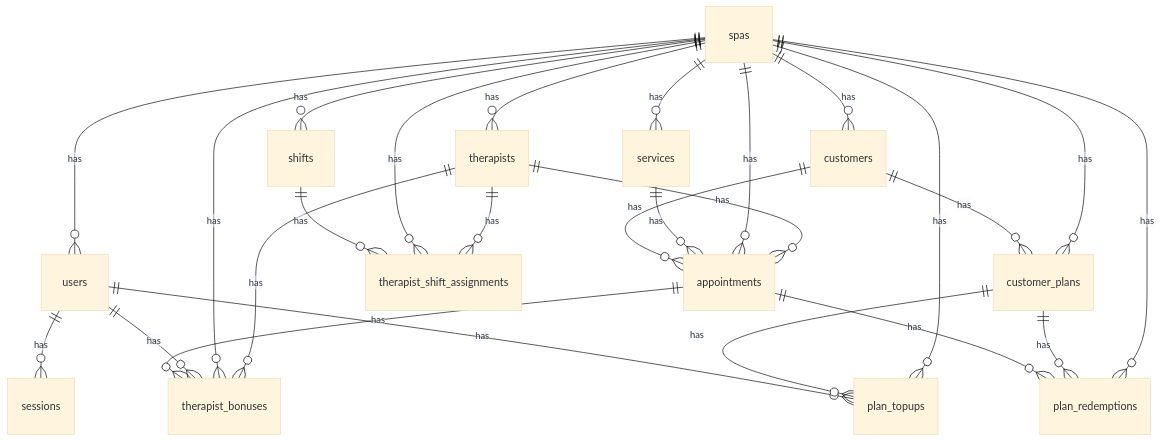
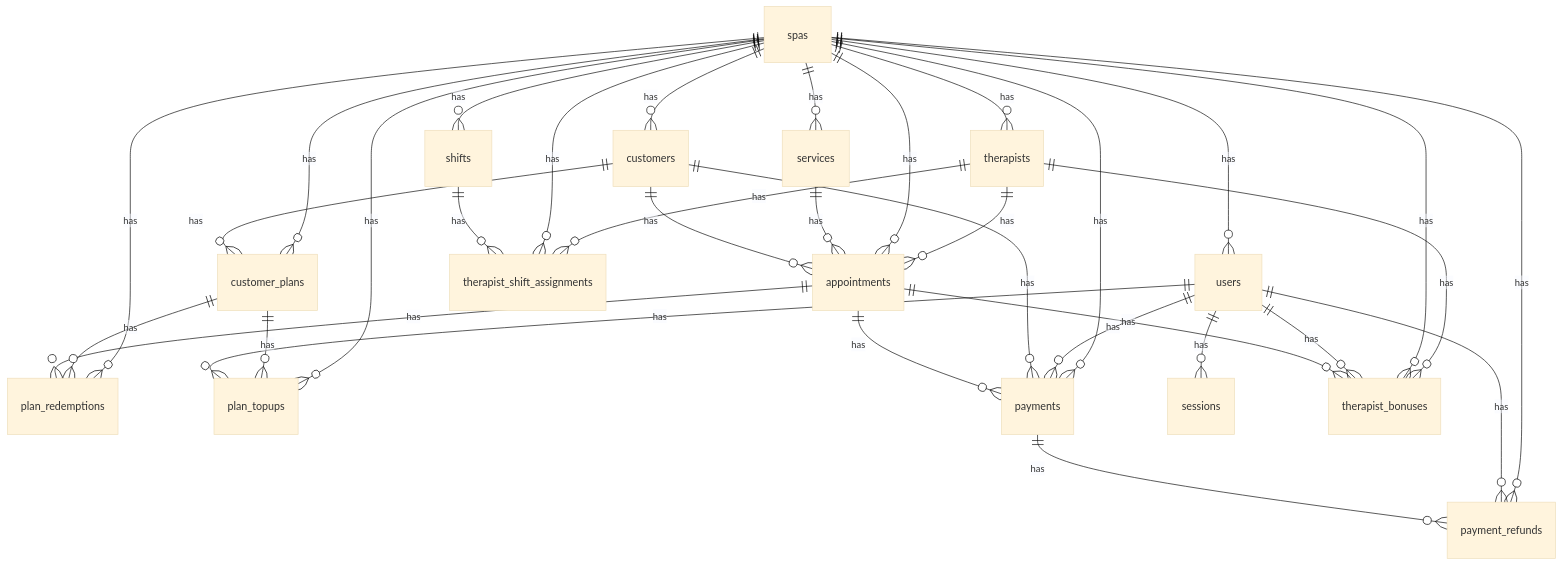
One commit to ashfaq11/management-backend changed the diagram in docs/schema.md. Above: the diagram before and after it, drawn with Mermaid (base theme). The commit also changed other lines of this file, not shown here.

Commit message:
Document payment relationships and optional customer payment preference

````diff
--- a/docs/schema.md
+++ b/docs/schema.md
@@ -8,28 +8,35 @@
 ```mermaid
 erDiagram
   customers ||--o{ appointments : has
   services ||--o{ appointments : has
   spas ||--o{ appointments : has
   therapists ||--o{ appointments : has
   customers ||--o{ customer_plans : has
   spas ||--o{ customer_plans : has
   spas ||--o{ customers : has
   appointments ||--o{ plan_redemptions : has
   customer_plans ||--o{ plan_redemptions : has
   spas ||--o{ plan_redemptions : has
   users ||--o{ plan_topups : has
   customer_plans ||--o{ plan_topups : has
   spas ||--o{ plan_topups : has
+  payments ||--o{ payment_refunds : has
+  users ||--o{ payment_refunds : has
+  spas ||--o{ payment_refunds : has
+  appointments ||--o{ payments : has
+  customers ||--o{ payments : has
+  users ||--o{ payments : has
+  spas ||--o{ payments : has
   spas ||--o{ services : has
   users ||--o{ sessions : has
   spas ||--o{ shifts : has
   appointments ||--o{ therapist_bonuses : has
   users ||--o{ therapist_bonuses : has
   spas ||--o{ therapist_bonuses : has
   therapists ||--o{ therapist_bonuses : has
   shifts ||--o{ therapist_shift_assignments : has
   spas ||--o{ therapist_shift_assignments : has
   therapists ||--o{ therapist_shift_assignments : has
   spas ||--o{ therapists : has
   spas ||--o{ users : has
 ```
````
